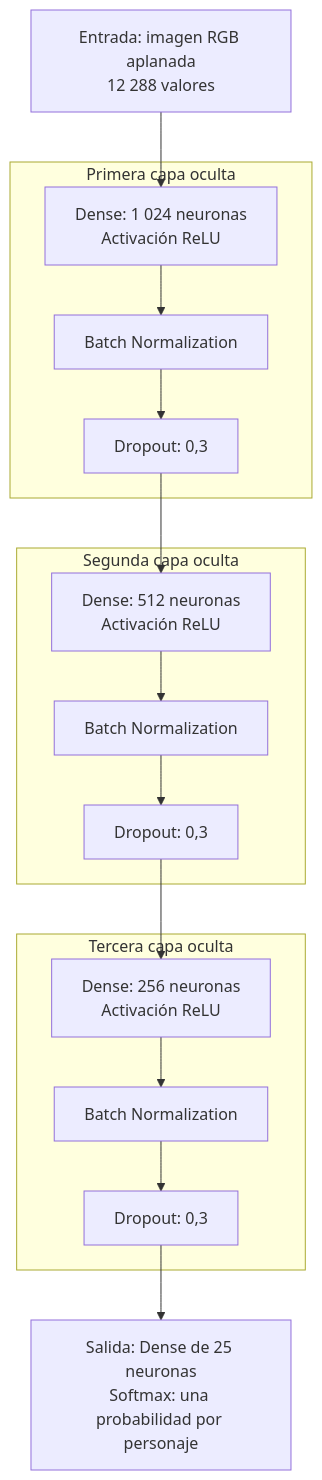
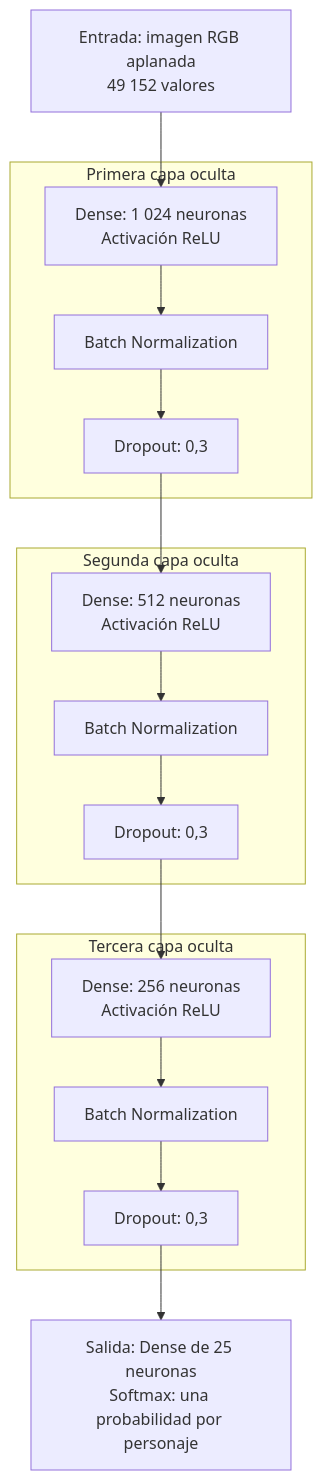
The fifth of 5 diagrams in PMC/README.md (ByFlopp/LosSimpsons_DeepLearning), drawn with Mermaid before and after one commit. The commit also changed other lines of this file and 52 other files, not shown here.

````diff
--- a/PMC/README.md
+++ b/PMC/README.md
@@ -197,23 +179,23 @@
 ```mermaid
 flowchart TB
-    I[Entrada: imagen RGB aplanada<br/>12 288 valores] --> D1
+    I[Entrada: imagen RGB aplanada<br/>49 152 valores] --> D1
 
     subgraph C1[Primera capa oculta]
         D1[Dense: 1 024 neuronas<br/>Activación ReLU] --> B1[Batch Normalization]
         B1 --> R1[Dropout: 0,3]
     end
 
     R1 --> D2
     subgraph C2[Segunda capa oculta]
         D2[Dense: 512 neuronas<br/>Activación ReLU] --> B2[Batch Normalization]
         B2 --> R2[Dropout: 0,3]
     end
 
     R2 --> D3
     subgraph C3[Tercera capa oculta]
         D3[Dense: 256 neuronas<br/>Activación ReLU] --> B3[Batch Normalization]
         B3 --> R3[Dropout: 0,3]
     end
 
     R3 --> O[Salida: Dense de 25 neuronas<br/>Softmax: una probabilidad por personaje]
 ```
````
